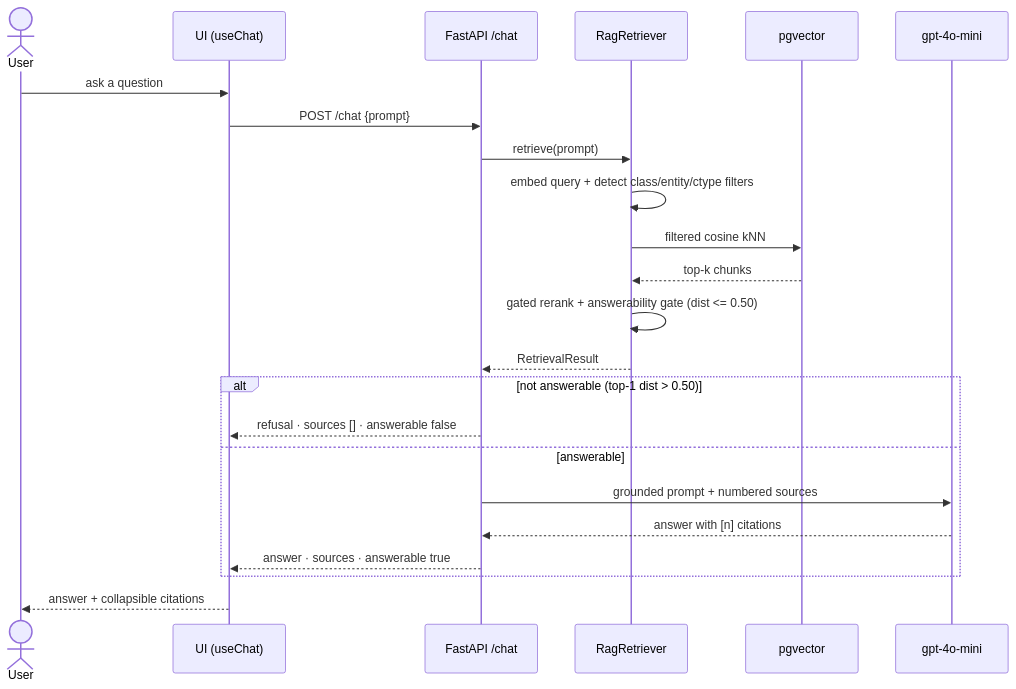
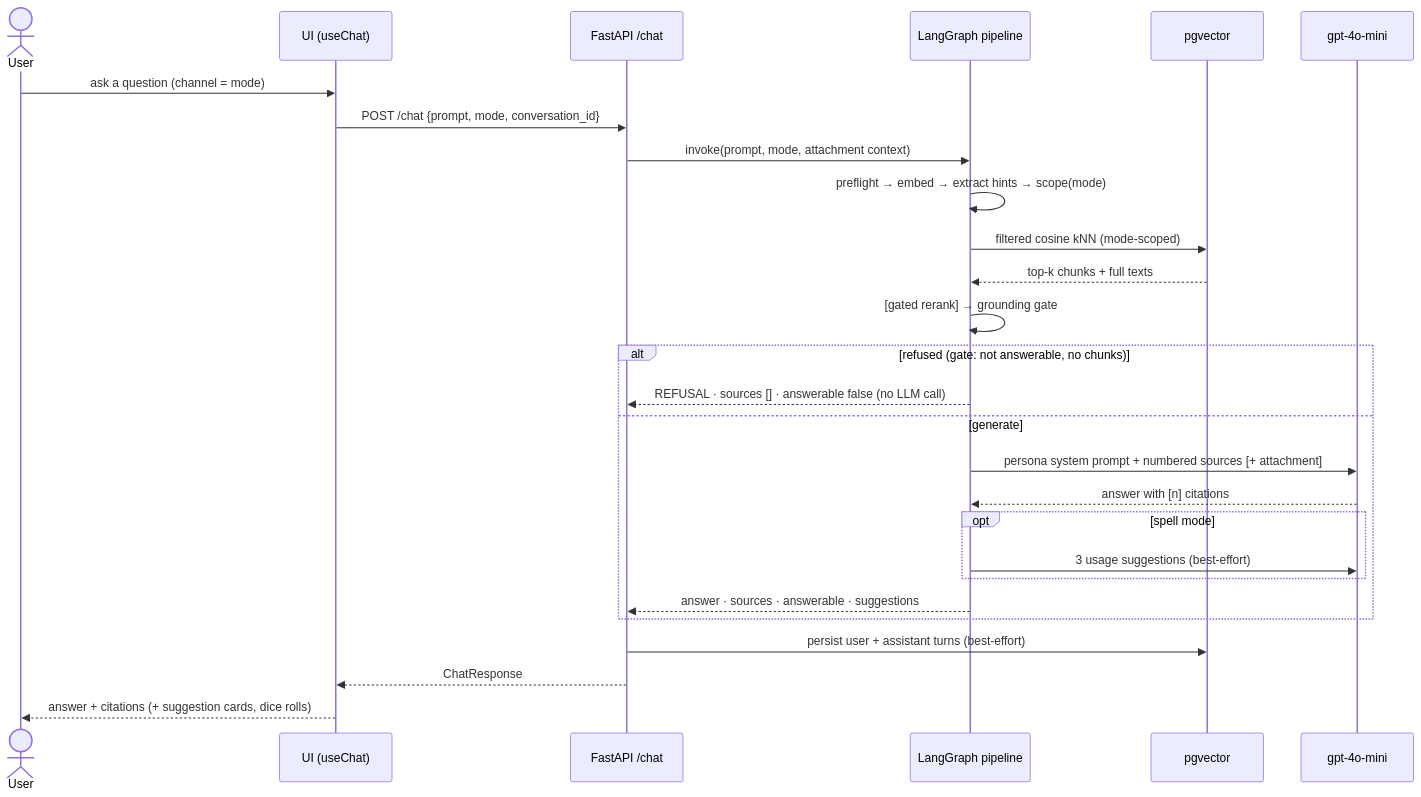
The second of 3 diagrams in docs/ARCHITECTURE.md (jupes/game-guide-ai), drawn with Mermaid before and after one commit. The commit also changed other lines of this file and 6 other files, not shown here.

First line of the commit message:
docs: refresh root/folder READMEs + architecture for channels, graph, attachments

````diff
--- a/docs/ARCHITECTURE.md
+++ b/docs/ARCHITECTURE.md
@@ -43,26 +52,30 @@
 ```mermaid
 sequenceDiagram
     actor User
     participant UI as UI (useChat)
     participant API as FastAPI /chat
-    participant R as RagRetriever
+    participant G as LangGraph pipeline
     participant DB as pgvector
     participant LLM as gpt-4o-mini
 
-    User->>UI: ask a question
-    UI->>API: POST /chat {prompt}
-    API->>R: retrieve(prompt)
-    R->>R: embed query + detect class/entity/ctype filters
-    R->>DB: filtered cosine kNN
-    DB-->>R: top-k chunks
-    R->>R: gated rerank + answerability gate (dist <= 0.50)
-    R-->>API: RetrievalResult
-    alt not answerable (top-1 dist > 0.50)
-        API-->>UI: refusal · sources [] · answerable false
-    else answerable
-        API->>LLM: grounded prompt + numbered sources
-        LLM-->>API: answer with [n] citations
-        API-->>UI: answer · sources · answerable true
+    User->>UI: ask a question (channel = mode)
+    UI->>API: POST /chat {prompt, mode, conversation_id}
+    API->>G: invoke(prompt, mode, attachment context)
+    G->>G: preflight → embed → extract hints → scope(mode)
+    G->>DB: filtered cosine kNN (mode-scoped)
+    DB-->>G: top-k chunks + full texts
+    G->>G: [gated rerank] → grounding gate
+    alt refused (gate: not answerable, no chunks)
+        G-->>API: REFUSAL · sources [] · answerable false (no LLM call)
+    else generate
+        G->>LLM: persona system prompt + numbered sources [+ attachment]
+        LLM-->>G: answer with [n] citations
+        opt spell mode
+            G->>LLM: 3 usage suggestions (best-effort)
+        end
+        G-->>API: answer · sources · answerable · suggestions
     end
-    UI-->>User: answer + collapsible citations
+    API->>DB: persist user + assistant turns (best-effort)
+    API-->>UI: ChatResponse
+    UI-->>User: answer + citations (+ suggestion cards, dice rolls)
 ```
````
